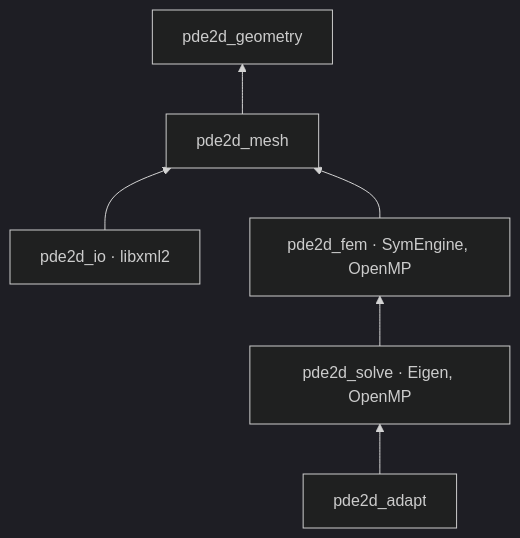
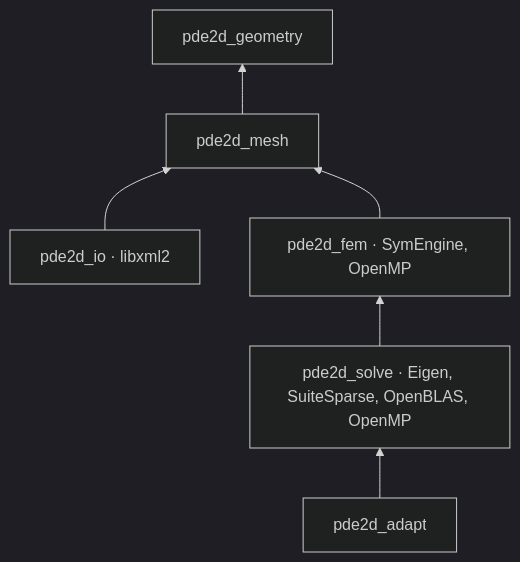
One commit to dmglushko/2d-pde changed the second of 12 diagrams in docs/architecture.md. Above: the diagram before and after it, drawn with Mermaid (dark theme). The commit also changed other lines of this file and 2 other files, not shown here.

````diff
--- a/docs/architecture.md
+++ b/docs/architecture.md
@@ -124,15 +124,15 @@
 ```mermaid
 flowchart BT
     GEO[pde2d_geometry]
     MESH[pde2d_mesh]
     IO["pde2d_io · libxml2"]
     FEM["pde2d_fem · SymEngine, OpenMP"]
-    SOLVE["pde2d_solve · Eigen, OpenMP"]
+    SOLVE["pde2d_solve · Eigen, SuiteSparse, OpenBLAS, OpenMP"]
     ADAPT[pde2d_adapt]
 
     MESH --> GEO
     IO --> MESH
     FEM --> MESH
     SOLVE --> FEM
     ADAPT --> SOLVE
 ```
````
